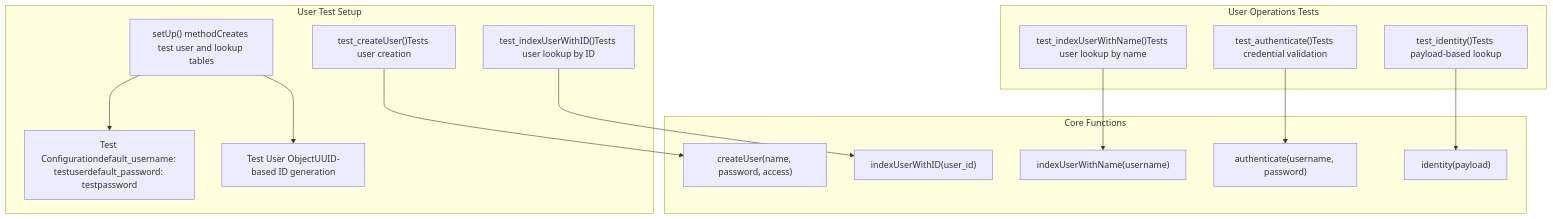
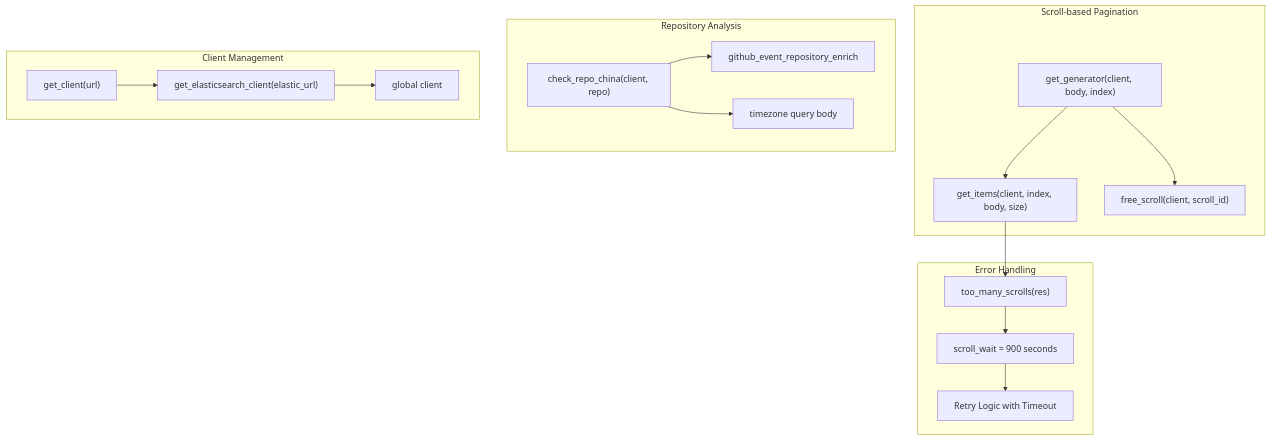
One commit to chenyx2012/openchecker changed the second of 2 diagrams in docs/wiki/Development-and-Testing.md. Above: the diagram before and after it, drawn with Mermaid. The commit also changed other lines of this file and 45 other files, not shown here.

````diff
--- a/docs/wiki/Development-and-Testing.md
+++ b/docs/wiki/Development-and-Testing.md
@@ -148,46 +132,50 @@
 ```mermaid
 flowchart TD
 
-SetUp["setUp() methodCreates test user and lookup tables"]
-MockConfig["Test Configurationdefault_username: testuserdefault_password: testpassword"]
-TestUser["Test User ObjectUUID-based ID generation"]
-CreateTest["test_createUser()Tests user creation"]
-IndexIDTest["test_indexUserWithID()Tests user lookup by ID"]
-IndexNameTest["test_indexUserWithName()Tests user lookup by name"]
-AuthTest["test_authenticate()Tests credential validation"]
-IdentityTest["test_identity()Tests payload-based lookup"]
-CreateUser["createUser(name, password, access)"]
-IndexUserWithID["indexUserWithID(user_id)"]
-IndexUserWithName["indexUserWithName(username)"]
-Authenticate["authenticate(username, password)"]
-Identity["identity(payload)"]
+check_repo_china["check_repo_china(client, repo)"]
+repo_tz_index["github_event_repository_enrich"]
+repo_tz_body["timezone query body"]
+get_elasticsearch_client["get_elasticsearch_client(elastic_url)"]
+get_client["get_client(url)"]
+global_client["global client"]
+get_generator["get_generator(client, body, index)"]
+get_items["get_items(client, index, body, size)"]
+free_scroll["free_scroll(client, scroll_id)"]
+too_many_scrolls["too_many_scrolls(res)"]
+scroll_wait["scroll_wait = 900 seconds"]
+retry_logic["Retry Logic with Timeout"]
 
-    CreateTest --> CreateUser
-    IndexIDTest --> IndexUserWithID
-    IndexNameTest --> IndexUserWithName
-    AuthTest --> Authenticate
-    IdentityTest --> Identity
-subgraph Core_Functions ["Core Functions"]
-    CreateUser
-    IndexUserWithID
-    IndexUserWithName
-    Authenticate
-    Identity
+get_items --> too_many_scrolls
+
+subgraph error_handling ["Error Handling"]
+    too_many_scrolls
+    scroll_wait
+    retry_logic
+    too_many_scrolls --> scroll_wait
+    scroll_wait --> retry_logic
 end
 
-subgraph User_Operations_Tests ["User Operations Tests"]
-    IndexNameTest
-    AuthTest
-    IdentityTest
+subgraph pagination_system ["Scroll-based Pagination"]
+    get_generator
+    get_items
+    free_scroll
+    get_generator --> get_items
+    get_generator --> free_scroll
 end
 
-subgraph User_Test_Setup ["User Test Setup"]
-    SetUp
-    MockConfig
-    TestUser
-    CreateTest
-    IndexIDTest
-    SetUp --> MockConfig
-    SetUp --> TestUser
+subgraph repository_queries ["Repository Analysis"]
+    check_repo_china
+    repo_tz_index
+    repo_tz_body
+    check_repo_china --> repo_tz_index
+    check_repo_china --> repo_tz_body
+end
+
+subgraph client_management ["Client Management"]
+    get_elasticsearch_client
+    get_client
+    global_client
+    get_client --> get_elasticsearch_client
+    get_elasticsearch_client --> global_client
 end
 ```
````
